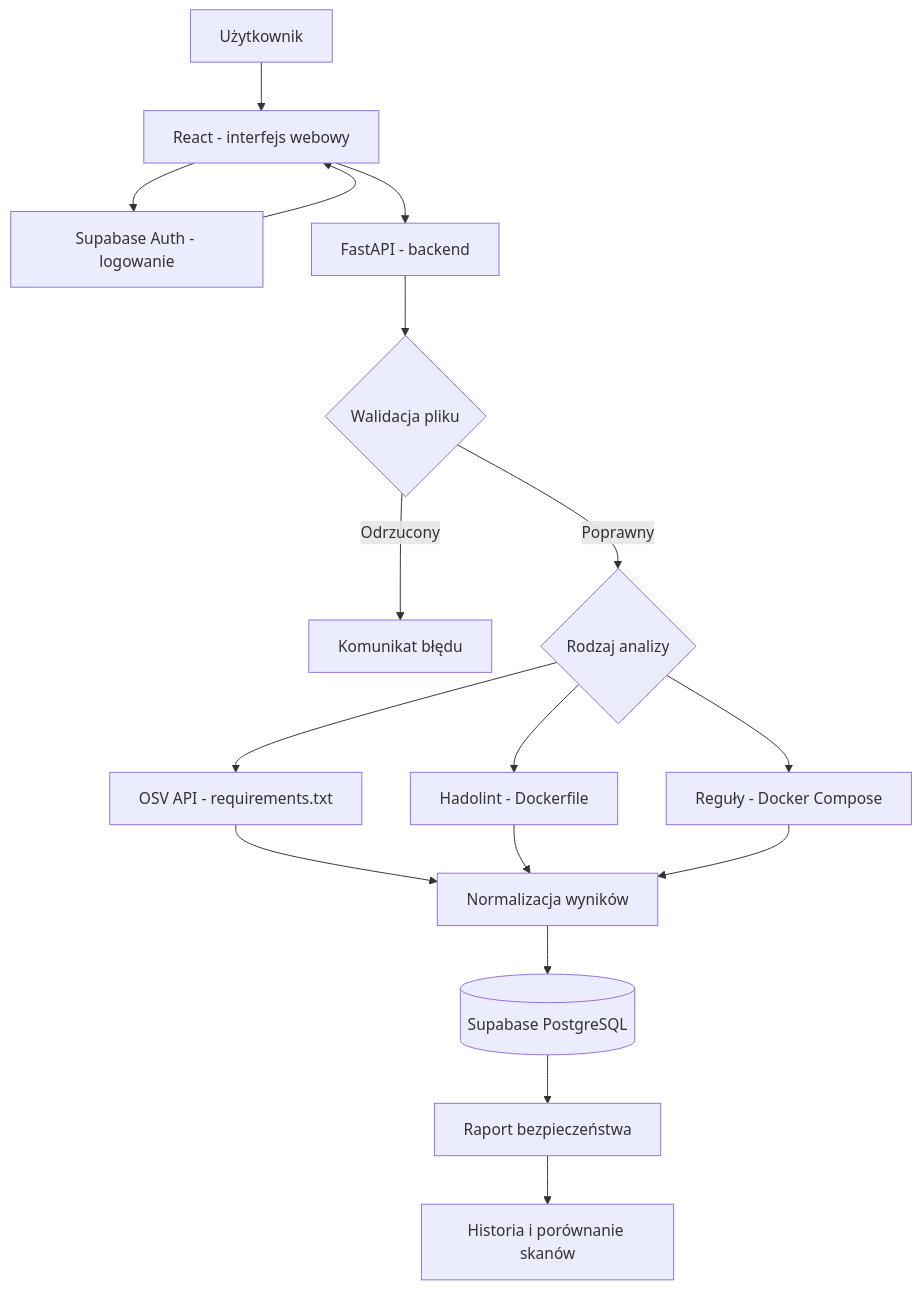
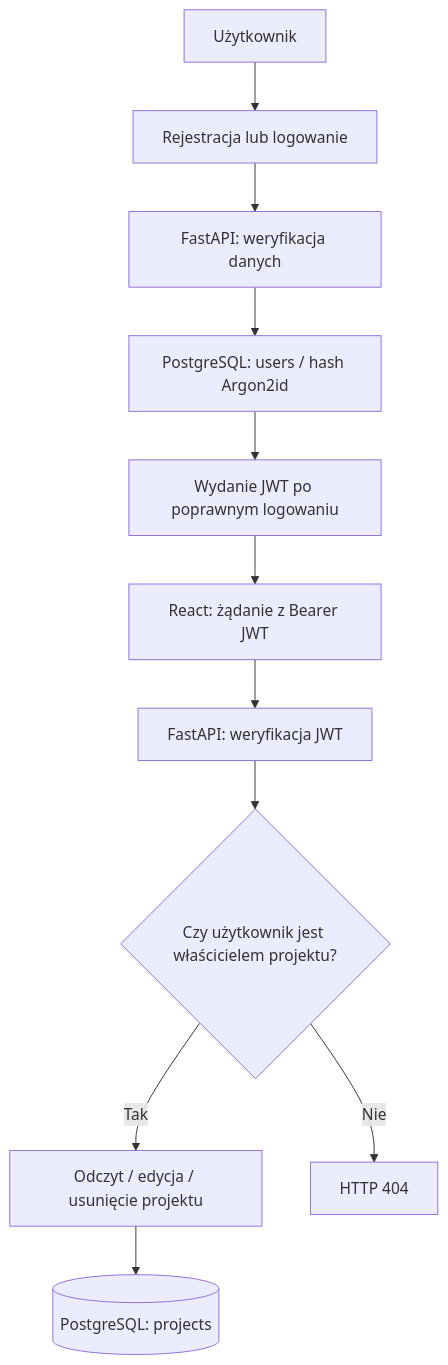
One commit to jas1ek/SecureScope changed the second of 4 diagrams in DIAGRAM.md. Above: the diagram before and after it, drawn with Mermaid. The commit also changed other lines of this file and 3 other files, not shown here.

````diff
--- a/DIAGRAM.md
+++ b/DIAGRAM.md
@@ -3,21 +22,13 @@
 ```mermaid
-
 flowchart TD
-    A["Użytkownik"] --> B["React - interfejs webowy"]
-    B --> C["Supabase Auth - logowanie"]
-    C --> B
-    B --> D["FastAPI - backend"]
-    D --> E{"Walidacja pliku"}
-    E -->|Odrzucony| F["Komunikat błędu"]
-    E -->|Poprawny| G{"Rodzaj analizy"}
-    G --> H["OSV API - requirements.txt"]
-    G --> I["Hadolint - Dockerfile"]
-    G --> J["Reguły - Docker Compose"]
-    H --> L["Normalizacja wyników"]
-    I --> L
-    J --> L
-    L --> M[("Supabase PostgreSQL")]
-    M --> N["Raport bezpieczeństwa"]
-    N --> O["Historia i porównanie skanów"]
-  
+    A[Użytkownik] --> B[Rejestracja lub logowanie]
+    B --> C[FastAPI: weryfikacja danych]
+    C --> D[PostgreSQL: users / hash Argon2id]
+    D --> E[Wydanie JWT po poprawnym logowaniu]
+    E --> F[React: żądanie z Bearer JWT]
+    F --> G[FastAPI: weryfikacja JWT]
+    G --> H{Czy użytkownik jest właścicielem projektu?}
+    H -->|Tak| I[Odczyt / edycja / usunięcie projektu]
+    H -->|Nie| J[HTTP 404]
+    I --> K[(PostgreSQL: projects)]
 ```
````
